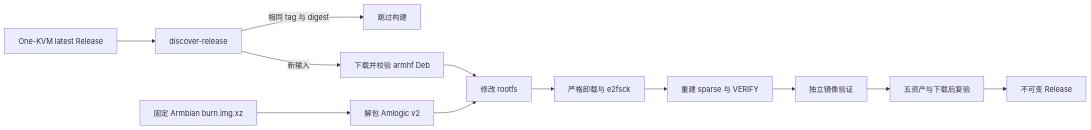
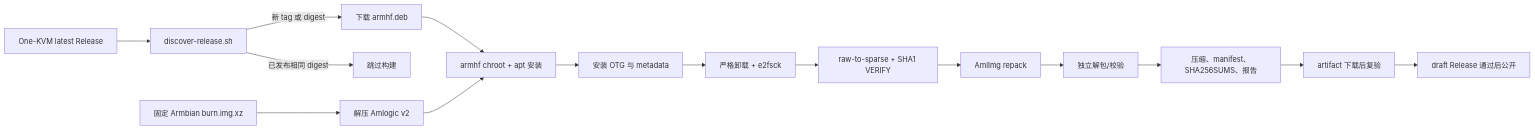
The diagram in docs/architecture.md (wuhao1477/ws1608-one-kvm-builder), drawn with Mermaid before and after one commit. The commit also changed other lines of this file and 197 other files, not shown here.

````diff
--- a/docs/architecture.md
+++ b/docs/architecture.md
@@ -28,14 +27,17 @@
 ```mermaid
 flowchart LR
-  A[One-KVM latest Release] --> B[discover-release]
-  B -->|相同 tag 与 digest| S[跳过构建]
-  B -->|新输入| C[下载并校验 armhf Deb]
-  D[固定 Armbian burn.img.xz] --> E[解包 Amlogic v2]
-  C --> F[修改 rootfs]
+  A[One-KVM latest Release] --> B[discover-release.sh]
+  B -->|新 tag 或 digest| C[下载 armhf.deb]
+  B -->|已发布相同 digest| S[跳过构建]
+  D[固定 Armbian burn.img.xz] --> E[解压 Amlogic v2]
+  C --> F[armhf chroot + apt 安装]
   E --> F
-  F --> G[严格卸载与 e2fsck]
-  G --> H[重建 sparse 与 VERIFY]
-  H --> I[独立镜像验证]
-  I --> J[五资产与下载后复验]
-  J --> K[不可变 Release]
+  F --> G[安装 OTG 与 metadata]
+  G --> H[严格卸载 + e2fsck]
+  H --> I[raw-to-sparse + SHA1 VERIFY]
+  I --> J[AmlImg repack]
+  J --> K[独立解包/校验]
+  K --> M[压缩、manifest、SHA256SUMS、报告]
+  M --> N[artifact 下载后复验]
+  N --> L[draft Release 通过后公开]
 ```
````
